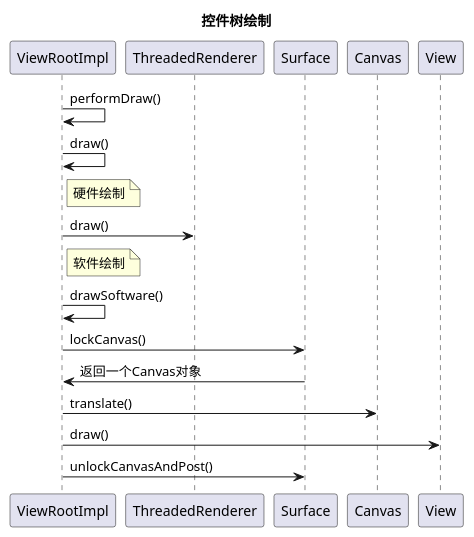
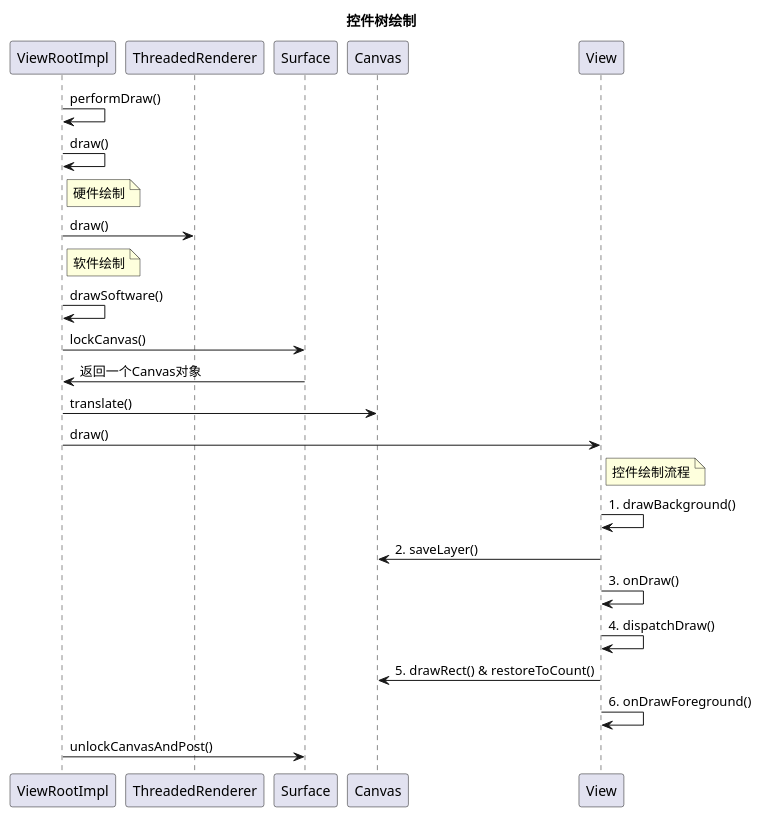
The diagram in 控件树的绘制.md (createtoohard/view), drawn with PlantUML before and after one commit. The commit also changed other lines of this file, not shown here.

Commit message:
add dispatchdraw() in view draw

````diff
--- a/控件树的绘制.md
+++ b/控件树的绘制.md
@@ -61,18 +61,26 @@
 ```puml
 Title : 控件树绘制
 ViewRootImpl -> ViewRootImpl : performDraw()
 ViewRootImpl -> ViewRootImpl : draw()
 Note right of ViewRootImpl : 硬件绘制
 ViewRootImpl -> ThreadedRenderer : draw()
 
 Note right of ViewRootImpl : 软件绘制
 ViewRootImpl -> ViewRootImpl : drawSoftware()
 ViewRootImpl -> Surface : lockCanvas()
 Surface -> ViewRootImpl : 返回一个Canvas对象
 ViewRootImpl -> Canvas : translate()
 ViewRootImpl -> View : draw()
+Note right of View : 控件绘制流程
+View -> View : 1. drawBackground()
+View -> Canvas : 2. saveLayer()
+View -> View : 3. onDraw()
+View -> View : 4. dispatchDraw()
+View -> Canvas : 5. drawRect() & restoreToCount()
+View -> View : 6. onDrawForeground()
+
 ViewRootImpl -> Surface : unlockCanvasAndPost()
 
 
 
 ```
````
